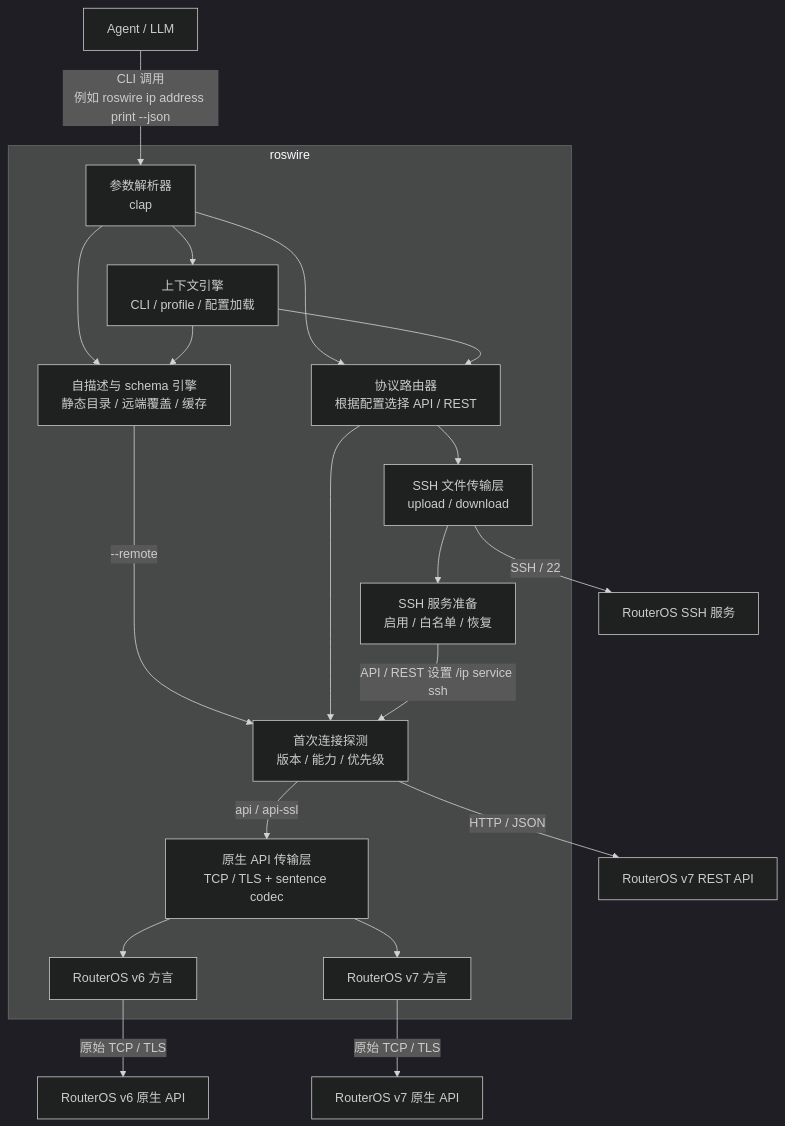
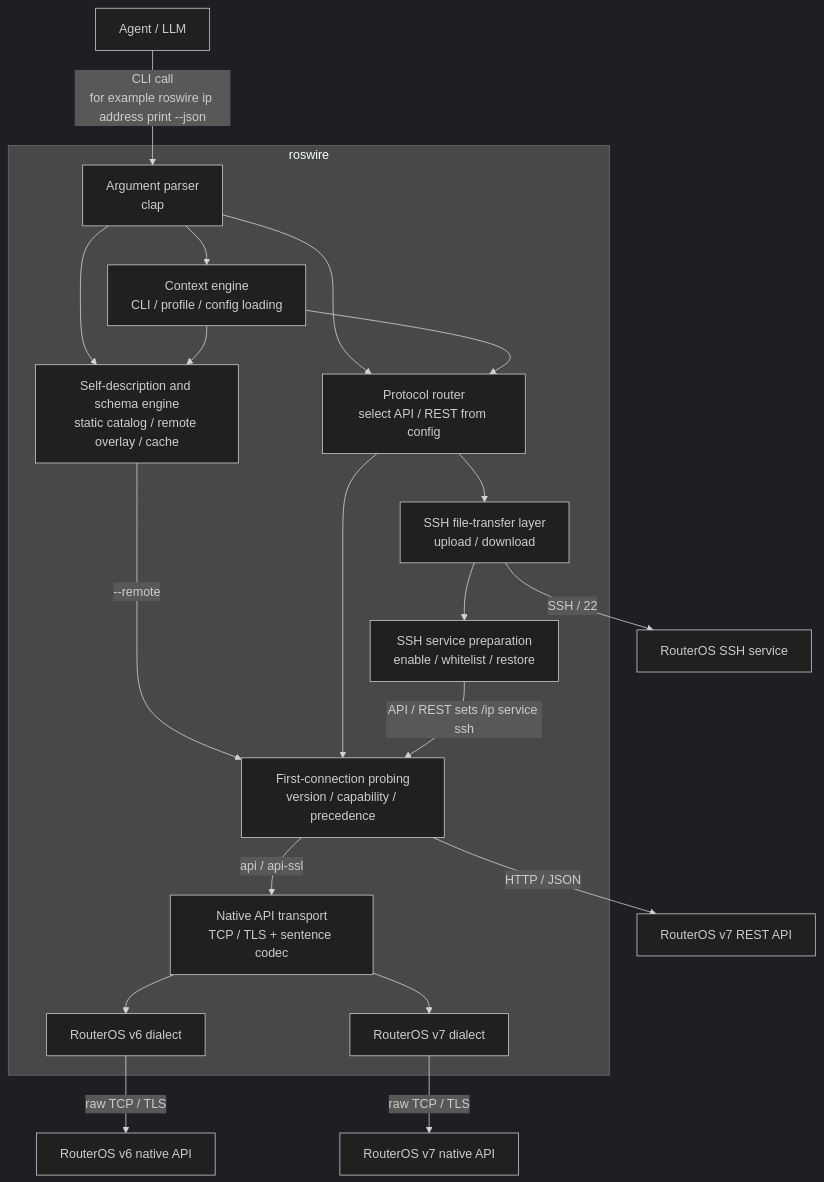
One commit to AS153929/roswire changed the diagram in README.md. Above: the diagram before and after it, drawn with Mermaid (dark theme). The commit also changed other lines of this file and 1 other file, not shown here.

````diff
--- a/README.md
+++ b/README.md
@@ -238,42 +240,42 @@
 ```mermaid
 flowchart TD
   agent[Agent / LLM]
 
   subgraph roswire[roswire]
-    parser[参数解析器<br/>clap]
-    context[上下文引擎<br/>CLI / profile / 配置加载]
-    schema[自描述与 schema 引擎<br/>静态目录 / 远端覆盖 / 缓存]
-    router[协议路由器<br/>根据配置选择 API / REST]
-    discovery[首次连接探测<br/>版本 / 能力 / 优先级]
-    classic[原生 API 传输层<br/>TCP / TLS + sentence codec]
-    v6[RouterOS v6 方言]
-    v7[RouterOS v7 方言]
-    transfer[SSH 文件传输层<br/>upload / download]
-    sshPrep[SSH 服务准备<br/>启用 / 白名单 / 恢复]
+    parser[Argument parser<br/>clap]
+    context[Context engine<br/>CLI / profile / config loading]
+    schema[Self-description and schema engine<br/>static catalog / remote overlay / cache]
+    router[Protocol router<br/>select API / REST from config]
+    discovery[First-connection probing<br/>version / capability / precedence]
+    classic[Native API transport<br/>TCP / TLS + sentence codec]
+    v6[RouterOS v6 dialect]
+    v7[RouterOS v7 dialect]
+    transfer[SSH file-transfer layer<br/>upload / download]
+    sshPrep[SSH service preparation<br/>enable / whitelist / restore]
 
     parser --> context
     parser --> schema
     parser --> router
     context --> router
     context --> schema
     schema -->|--remote| discovery
     router --> discovery
     router --> transfer
     discovery -->|api / api-ssl| classic
     classic --> v6
     classic --> v7
     transfer --> sshPrep
   end
 
-  legacy6[RouterOS v6 原生 API]
-  legacy7[RouterOS v7 原生 API]
+  legacy6[RouterOS v6 native API]
+  legacy7[RouterOS v7 native API]
   rest[RouterOS v7 REST API]
-  ssh[RouterOS SSH 服务]
+  ssh[RouterOS SSH service]
 
-  agent -->|CLI 调用<br/>例如 roswire ip address print --json| parser
-  v6 -->|原始 TCP / TLS| legacy6
-  v7 -->|原始 TCP / TLS| legacy7
+  agent -->|CLI call<br/>for example roswire ip address print --json| parser
+  v6 -->|raw TCP / TLS| legacy6
+  v7 -->|raw TCP / TLS| legacy7
   discovery -->|HTTP / JSON| rest
-  sshPrep -->|API / REST 设置 /ip service ssh| discovery
+  sshPrep -->|API / REST sets /ip service ssh| discovery
   transfer -->|SSH / 22| ssh
 ```
````
